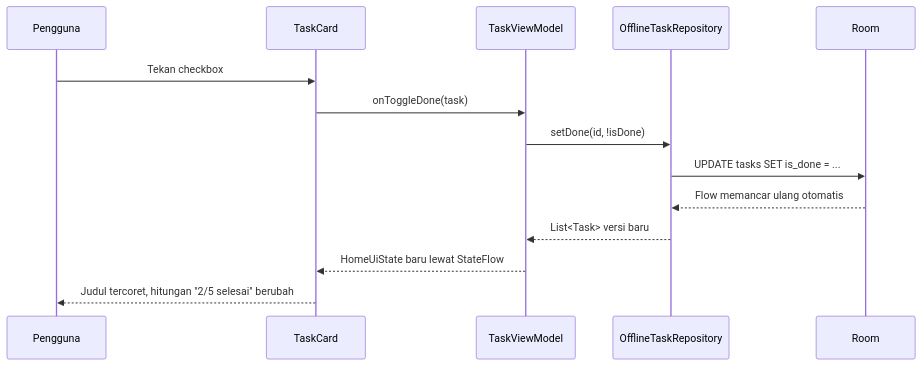
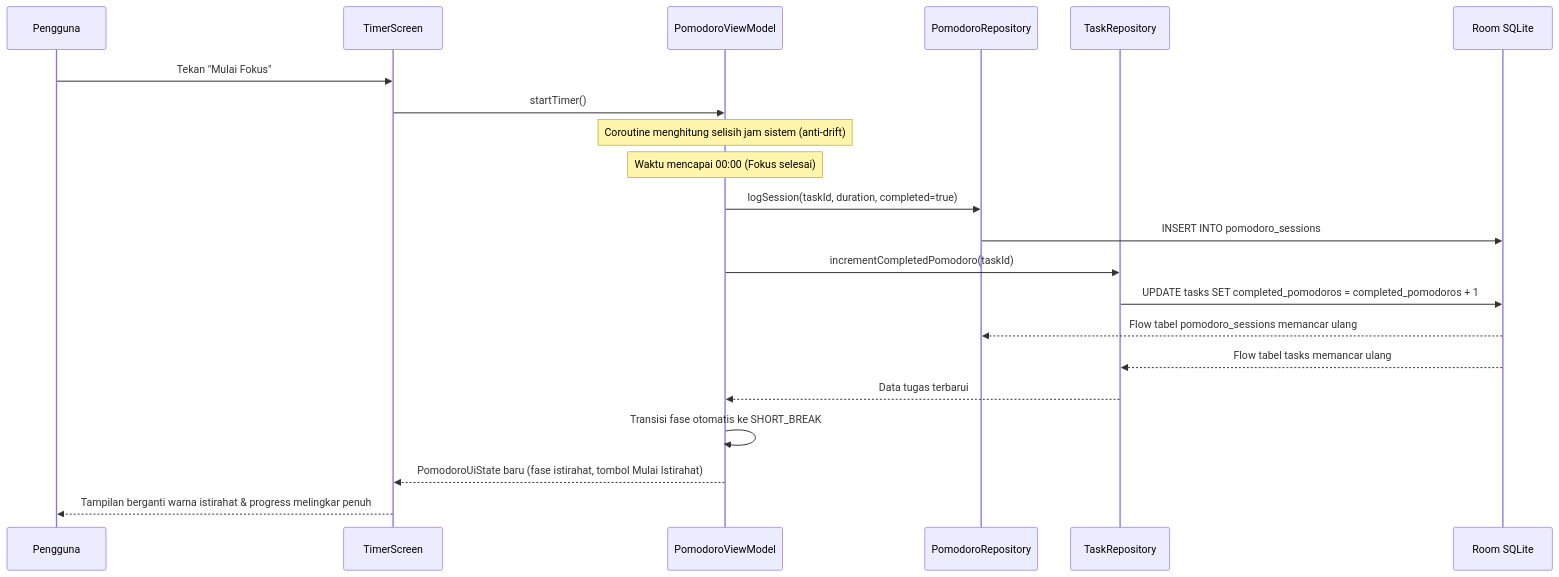
One commit to HafizhRaditya/projek_matakuliah_pemogramanmobile_kel6 changed the second of 2 diagrams in DOKUMENTASI.md. Above: the diagram before and after it, drawn with Mermaid. The commit also changed other lines of this file, not shown here.

Commit message:
docs(u6): sinkronisasi DOKUMENTASI.md status UTS dan Room v2

````diff
--- a/DOKUMENTASI.md
+++ b/DOKUMENTASI.md
@@ -110,17 +178,24 @@
 ```mermaid
 sequenceDiagram
-    participant U as Pengguna
-    participant C as TaskCard
-    participant V as TaskViewModel
-    participant R as OfflineTaskRepository
-    participant D as Room
+    participant User as Pengguna
+    participant Timer as TimerScreen
+    participant VM as PomodoroViewModel
+    participant PRepo as PomodoroRepository
+    participant TRepo as TaskRepository
+    participant Room as Room SQLite
 
-    U->>C: Tekan checkbox
-    C->>V: onToggleDone(task)
-    V->>R: setDone(id, !isDone)
-    R->>D: UPDATE tasks SET is_done = ...
-    D-->>R: Flow memancar ulang otomatis
-    R-->>V: List<Task> versi baru
-    V-->>C: HomeUiState baru lewat StateFlow
-    C-->>U: Judul tercoret, hitungan "2/5 selesai" berubah
+    User->>Timer: Tekan "Mulai Fokus"
+    Timer->>VM: startTimer()
+    Note over VM: Coroutine menghitung selisih jam sistem (anti-drift)
+    Note over VM: Waktu mencapai 00:00 (Fokus selesai)
+    VM->>PRepo: logSession(taskId, duration, completed=true)
+    PRepo->>Room: INSERT INTO pomodoro_sessions
+    VM->>TRepo: incrementCompletedPomodoro(taskId)
+    TRepo->>Room: UPDATE tasks SET completed_pomodoros = completed_pomodoros + 1
+    Room-->>PRepo: Flow tabel pomodoro_sessions memancar ulang
+    Room-->>TRepo: Flow tabel tasks memancar ulang
+    TRepo-->>VM: Data tugas terbarui
+    VM->>VM: Transisi fase otomatis ke SHORT_BREAK
+    VM-->>Timer: PomodoroUiState baru (fase istirahat, tombol Mulai Istirahat)
+    Timer-->>User: Tampilan berganti warna istirahat & progress melingkar penuh
 ```
````
